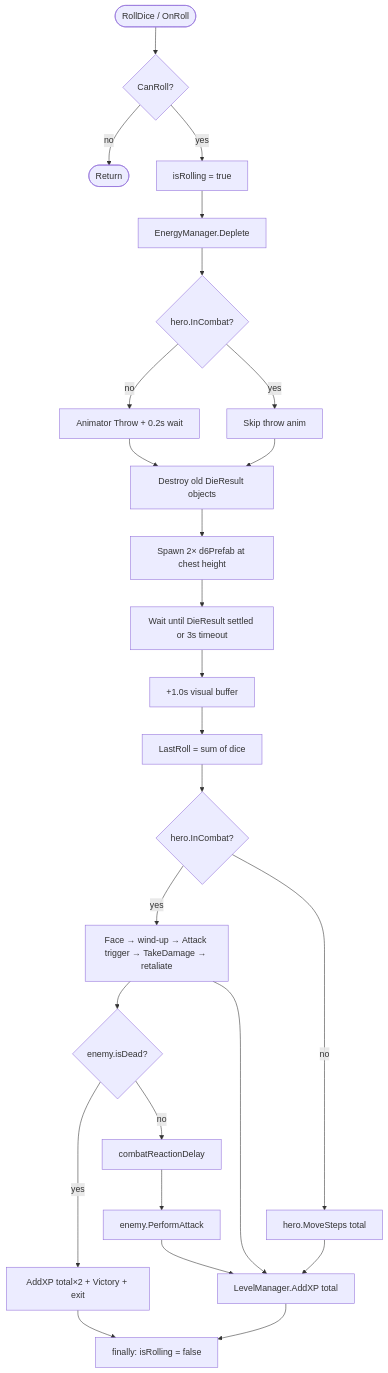
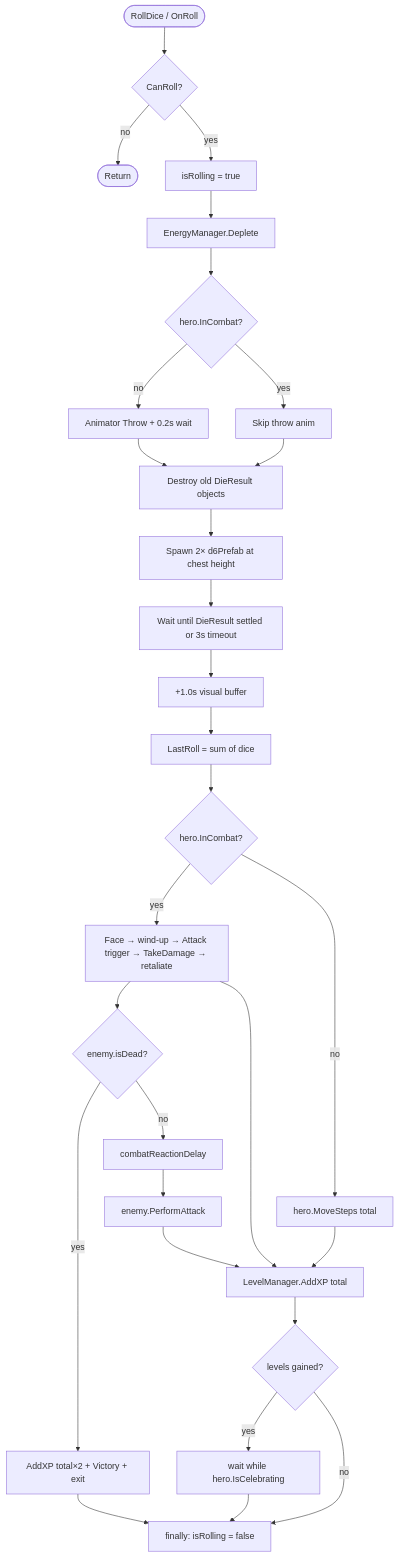
One commit to czyzem-stack/fatesRoll changed the fifth of 16 diagrams in docs/ARCHITECTURE.md. Above: the diagram before and after it, drawn with Mermaid. The commit also changed other lines of this file and 21 other files, not shown here.

````diff
--- a/docs/ARCHITECTURE.md
+++ b/docs/ARCHITECTURE.md
@@ -210,33 +230,36 @@
 ```mermaid
 flowchart TD
     Start([RollDice / OnRoll]) --> Can{CanRoll?}
     Can -->|no| Stop([Return])
     Can -->|yes| Lock[isRolling = true]
 
     Lock --> Energy[EnergyManager.Deplete]
     Energy --> Throw{hero.InCombat?}
     Throw -->|no| Anim[Animator Throw + 0.2s wait]
     Throw -->|yes| SkipAnim[Skip throw anim]
     Anim --> Cleanup
     SkipAnim --> Cleanup[Destroy old DieResult objects]
 
     Cleanup --> Spawn[Spawn 2× d6Prefab at chest height]
     Spawn --> Settle[Wait until DieResult settled or 3s timeout]
     Settle --> Buffer[+1.0s visual buffer]
     Buffer --> Sum[LastRoll = sum of dice]
 
     Sum --> Branch{hero.InCombat?}
     Branch -->|yes| CombatPath[Face → wind-up → Attack trigger → TakeDamage → retaliate]
     Branch -->|no| Move[hero.MoveSteps total]
 
     CombatPath --> Dead{enemy.isDead?}
     Dead -->|yes| XP2[AddXP total×2 + Victory + exit]
     Dead -->|no| Delay[combatReactionDelay]
     Delay --> Retaliate[enemy.PerformAttack]
 
     Move --> XP[LevelManager.AddXP total]
     CombatPath --> XP
     Retaliate --> XP
     XP2 --> Finally
-    XP --> Finally[finally: isRolling = false]
+    XP --> LevelUp{levels gained?}
+    LevelUp -->|yes| WaitCelebration[wait while hero.IsCelebrating]
+    LevelUp -->|no| Finally
+    WaitCelebration --> Finally[finally: isRolling = false]
 ```
````
